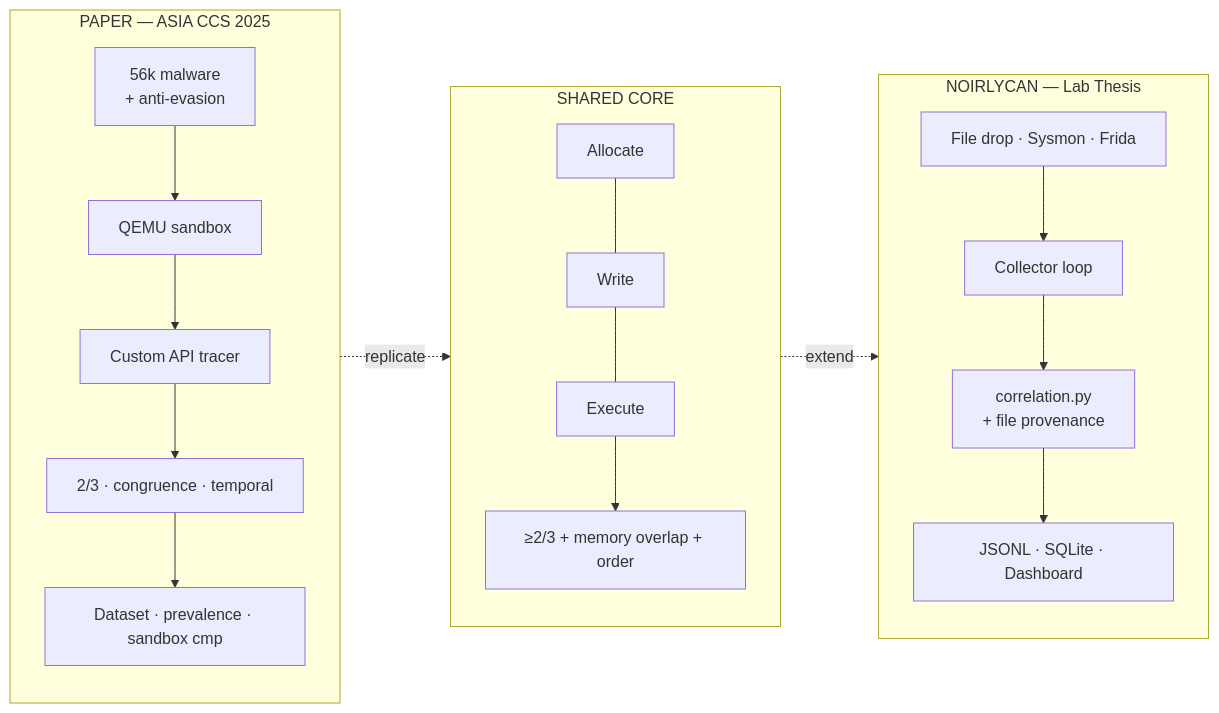
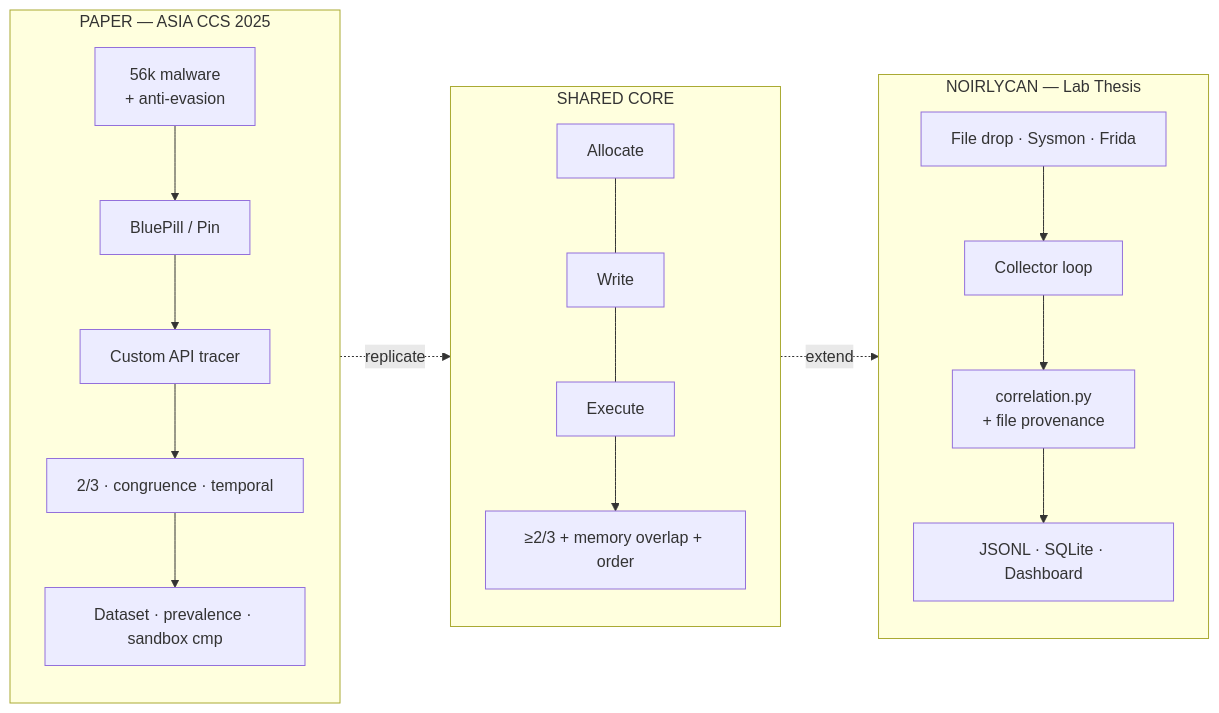
Before and after one commit to noirlycan/NoirlycanThesis: the first of 2 diagrams in docs/architecture-diagrams-slide.md, drawn with Mermaid. The commit also changed other lines of this file and 261 other files, not shown here.

````diff
--- a/docs/architecture-diagrams-slide.md
+++ b/docs/architecture-diagrams-slide.md
@@ -19,33 +19,33 @@
 ```mermaid
 flowchart LR
   subgraph P [PAPER — ASIA CCS 2025]
     direction TB
     P_IN["56k malware<br/>+ anti-evasion"]
-    P_SB["QEMU sandbox"]
+    P_SB["BluePill / Pin"]
     P_TR["Custom API tracer"]
     P_CORE["2/3 · congruence · temporal"]
     P_OUT["Dataset · prevalence · sandbox cmp"]
     P_IN --> P_SB --> P_TR --> P_CORE --> P_OUT
   end
 
   subgraph C [SHARED CORE]
     direction TB
     C1["Allocate"]
     C2["Write"]
     C3["Execute"]
     C4["≥2/3 + memory overlap + order"]
     C1 --- C2 --- C3 --> C4
   end
 
   subgraph N [NOIRLYCAN — Lab Thesis]
     direction TB
     N_IN["File drop · Sysmon · Frida"]
     N_COL["Collector loop"]
     N_CORE["correlation.py<br/>+ file provenance"]
     N_OUT["JSONL · SQLite · Dashboard"]
     N_IN --> N_COL --> N_CORE --> N_OUT
   end
 
   P_TR -.->|replicate| C4
   C4 -.->|extend| N_CORE
 ```
````
